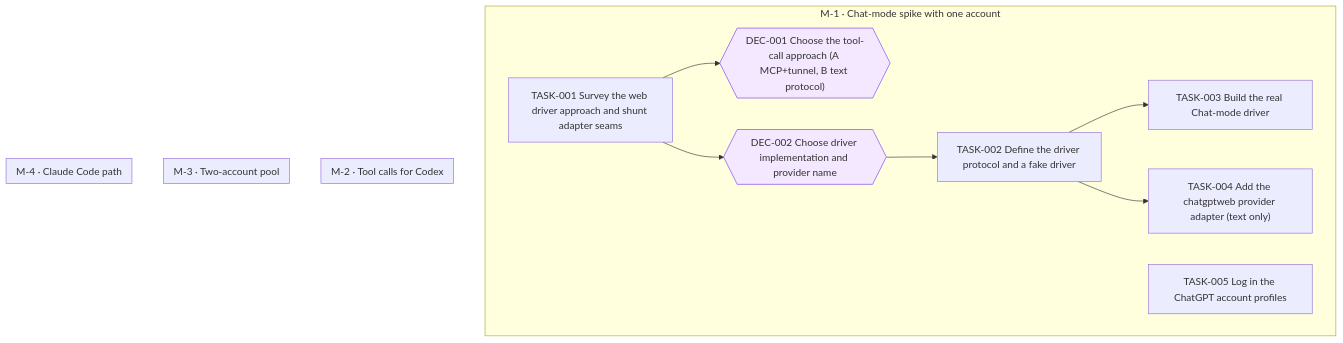
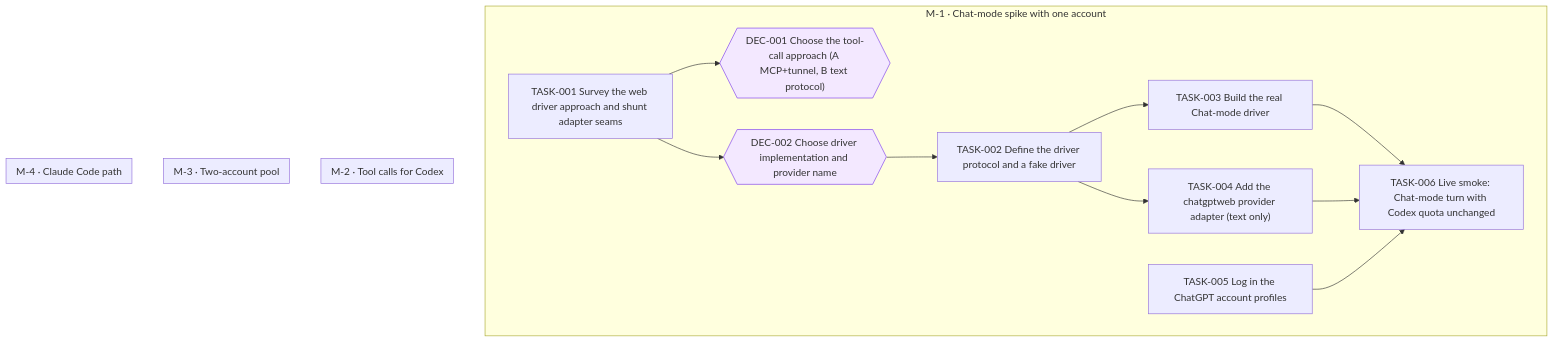
One commit to jesusvillota/shunt changed the diagram in goals/chatgptweb-provider/README.md. Above: the diagram before and after it, drawn with Mermaid. The commit also changed 1 other file, not shown here.

Commit message:
goal(chatgptweb-provider): add TASK-006 Live smoke: Chat-mode turn with Codex quota unchanged

````diff
--- a/goals/chatgptweb-provider/README.md
+++ b/goals/chatgptweb-provider/README.md
@@ -132,28 +132,32 @@
 ```mermaid
 flowchart TD
   subgraph M_1["M-1 · Chat-mode spike with one account"]
     DEC_001{{"DEC-001 Choose the tool-call approach (A MCP+tunnel, B text protocol)"}}
     DEC_002{{"DEC-002 Choose driver implementation and provider name"}}
     TASK_001["TASK-001 Survey the web driver approach and shunt adapter seams"]
     TASK_002["TASK-002 Define the driver protocol and a fake driver"]
     TASK_003["TASK-003 Build the real Chat-mode driver"]
     TASK_004["TASK-004 Add the chatgptweb provider adapter (text only)"]
     TASK_005["TASK-005 Log in the ChatGPT account profiles"]
+    TASK_006["TASK-006 Live smoke: Chat-mode turn with Codex quota unchanged"]
   end
   subgraph M_2["M-2 · Tool calls for Codex"]
   end
   subgraph M_3["M-3 · Two-account pool"]
   end
   subgraph M_4["M-4 · Claude Code path"]
   end
   TASK_001 --> DEC_001
   TASK_001 --> DEC_002
   DEC_002 --> TASK_002
   TASK_002 --> TASK_003
   TASK_002 --> TASK_004
+  TASK_003 --> TASK_006
+  TASK_004 --> TASK_006
+  TASK_005 --> TASK_006
   classDef draft stroke-dasharray: 4 3
   classDef cancelled opacity:0.45
   classDef decision fill:#f3e8ff,stroke:#7c3aed
   class DEC_001 decision
   class DEC_002 decision
 ```
````
